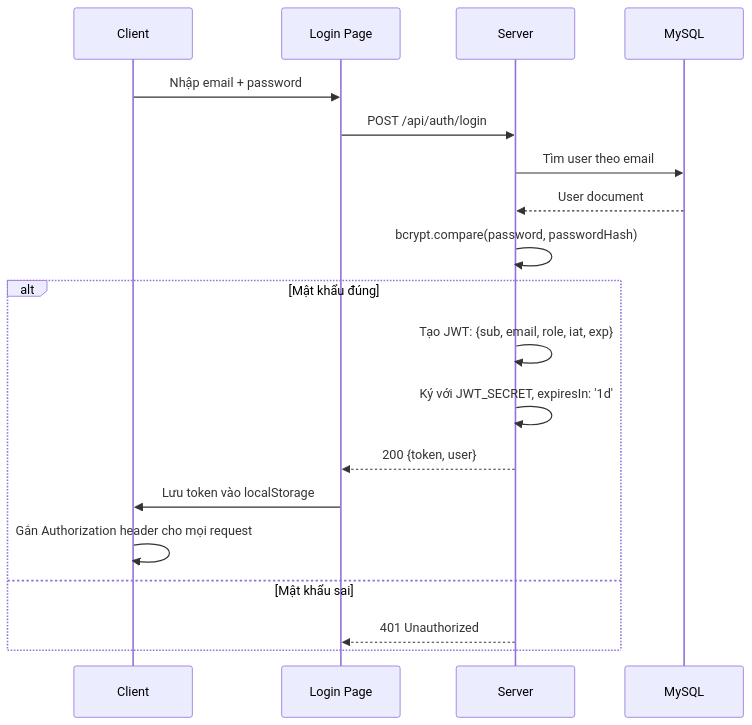
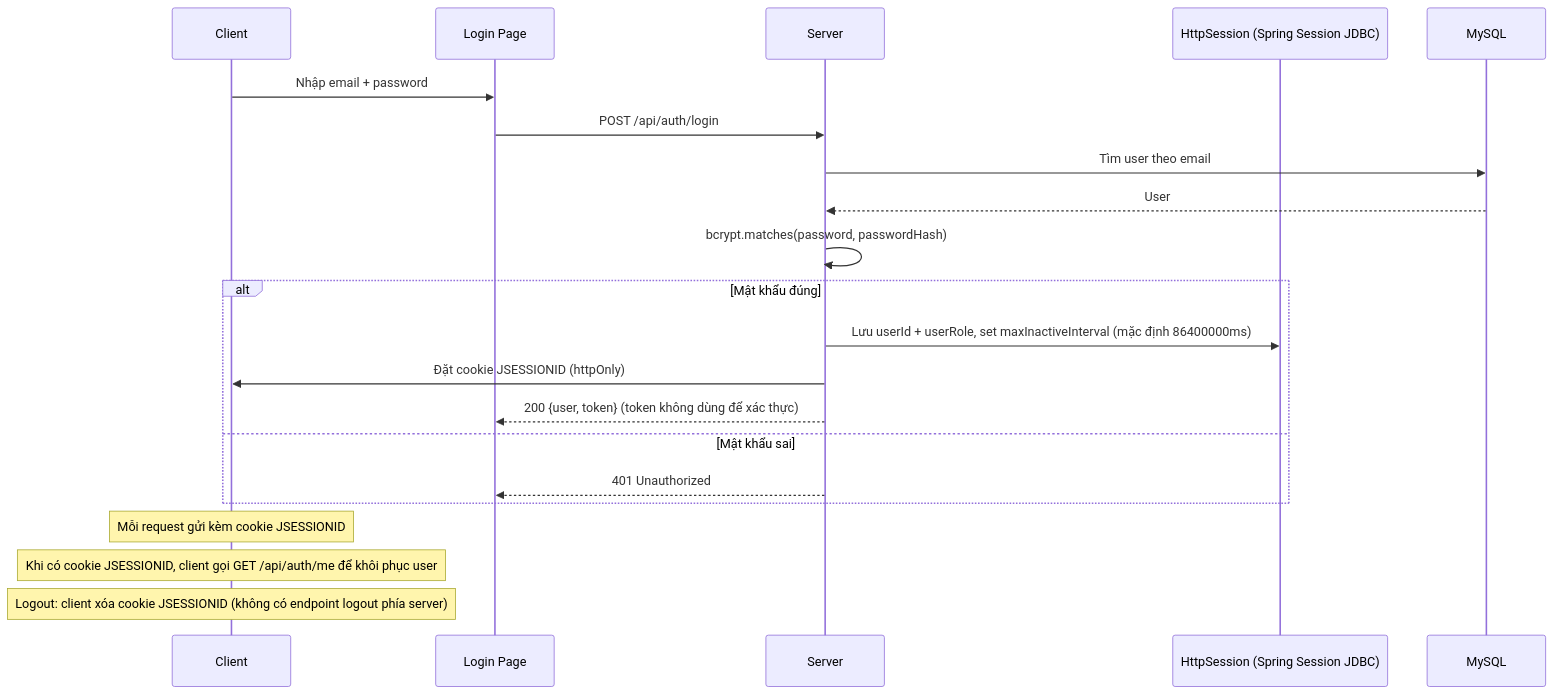
The tenth of 24 diagrams in docs/SDD.md (nghiaxh/hr-management), drawn with Mermaid before and after one commit. The commit also changed other lines of this file and 8 other files, not shown here.

Commit message:
docs: align docs with session auth and codebase

````diff
--- a/docs/SDD.md
+++ b/docs/SDD.md
@@ -741,21 +716,23 @@
 ```mermaid
 sequenceDiagram
     participant C as Client
     participant LG as Login Page
     participant S as Server
+    participant SS as HttpSession (Spring Session JDBC)
     participant DB as MySQL
     C->>LG: Nhập email + password
     LG->>S: POST /api/auth/login
     S->>DB: Tìm user theo email
-    DB-->>S: User document
-    S->>S: bcrypt.compare(password, passwordHash)
+    DB-->>S: User
+    S->>S: bcrypt.matches(password, passwordHash)
     alt Mật khẩu đúng
-        S->>S: Tạo JWT: {sub, email, role, iat, exp}
-        S->>S: Ký với JWT_SECRET, expiresIn: '1d'
-        S-->>LG: 200 {token, user}
-        LG->>C: Lưu token vào localStorage
-        C->>C: Gắn Authorization header cho mọi request
+        S->>SS: Lưu userId + userRole, set maxInactiveInterval (mặc định 86400000ms)
+        S->>C: Đặt cookie JSESSIONID (httpOnly)
+        S-->>LG: 200 {user, token} (token không dùng để xác thực)
     else Mật khẩu sai
         S-->>LG: 401 Unauthorized
     end
+    Note over C: Mỗi request gửi kèm cookie JSESSIONID
+    Note over C: Khi có cookie JSESSIONID, client gọi GET /api/auth/me để khôi phục user
+    Note over C: Logout: client xóa cookie JSESSIONID (không có endpoint logout phía server)
 ```
````
